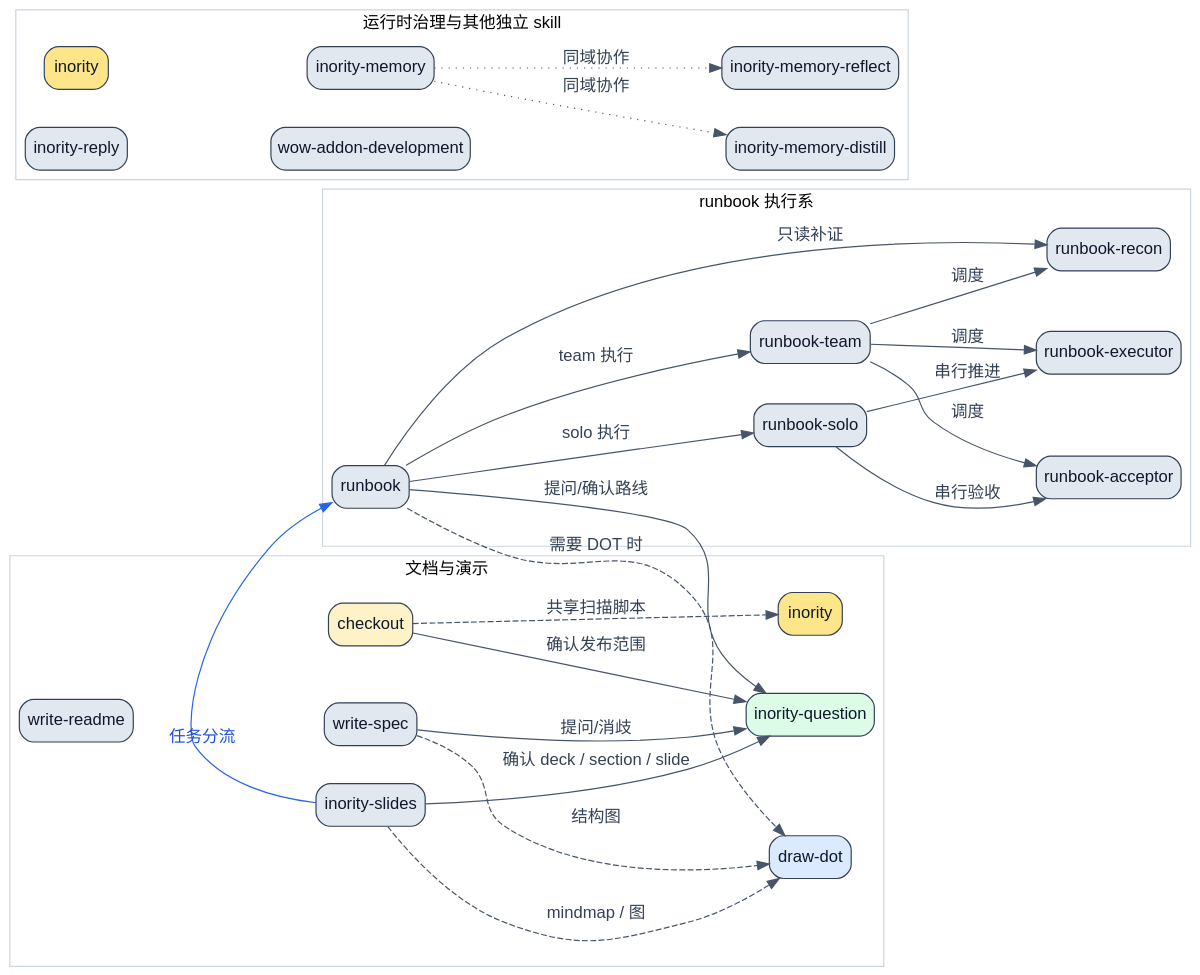
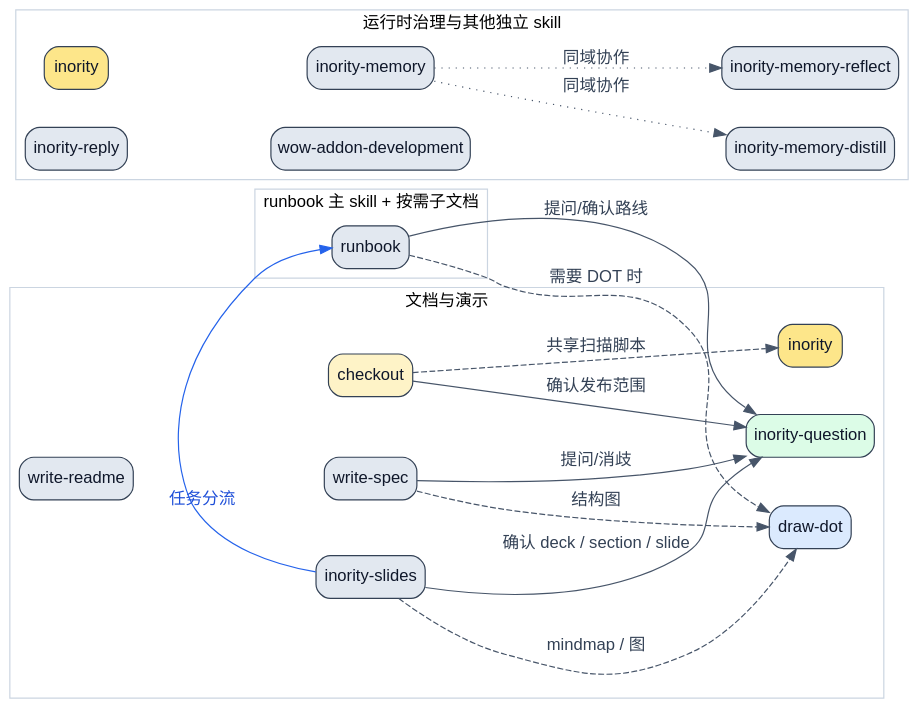
Before and after one commit to terencefan/inority-workspace: the diagram in skills/README.md, drawn with Graphviz. The commit also changed other lines of this file and 75 other files, not shown here.

```diff
--- a/skills/README.md
+++ b/skills/README.md
@@ -90,14 +86,9 @@
   }
 
   subgraph cluster_runbook {
-    label="runbook 执行系";
+    label="runbook 主 skill + 按需子文档";
     color="#cbd5e1";
     runbook [label="runbook"];
-    runbook_recon [label="runbook-recon"];
-    runbook_solo [label="runbook-solo"];
-    runbook_team [label="runbook-team"];
-    runbook_executor [label="runbook-executor"];
-    runbook_acceptor [label="runbook-acceptor"];
   }
 
   subgraph cluster_runtime {
@@ -122,17 +113,7 @@
   inority_slides -> runbook [label="任务分流", color="#2563eb", fontcolor="#1d4ed8"];
 
   runbook -> inority_question [label="提问/确认路线"];
-  runbook -> runbook_recon [label="只读补证"];
-  runbook -> runbook_solo [label="solo 执行"];
-  runbook -> runbook_team [label="team 执行"];
   runbook -> draw_dot [style=dashed, label="需要 DOT 时"];
-
-  runbook_team -> runbook_recon [label="调度"];
-  runbook_team -> runbook_executor [label="调度"];
-  runbook_team -> runbook_acceptor [label="调度"];
-
-  runbook_solo -> runbook_executor [label="串行推进"];
-  runbook_solo -> runbook_acceptor [label="串行验收"];
 
   inority_memory -> inority_memory_distill [style=dotted, label="同域协作"];
   inority_memory -> inority_memory_reflect [style=dotted, label="同域协作"];
```
